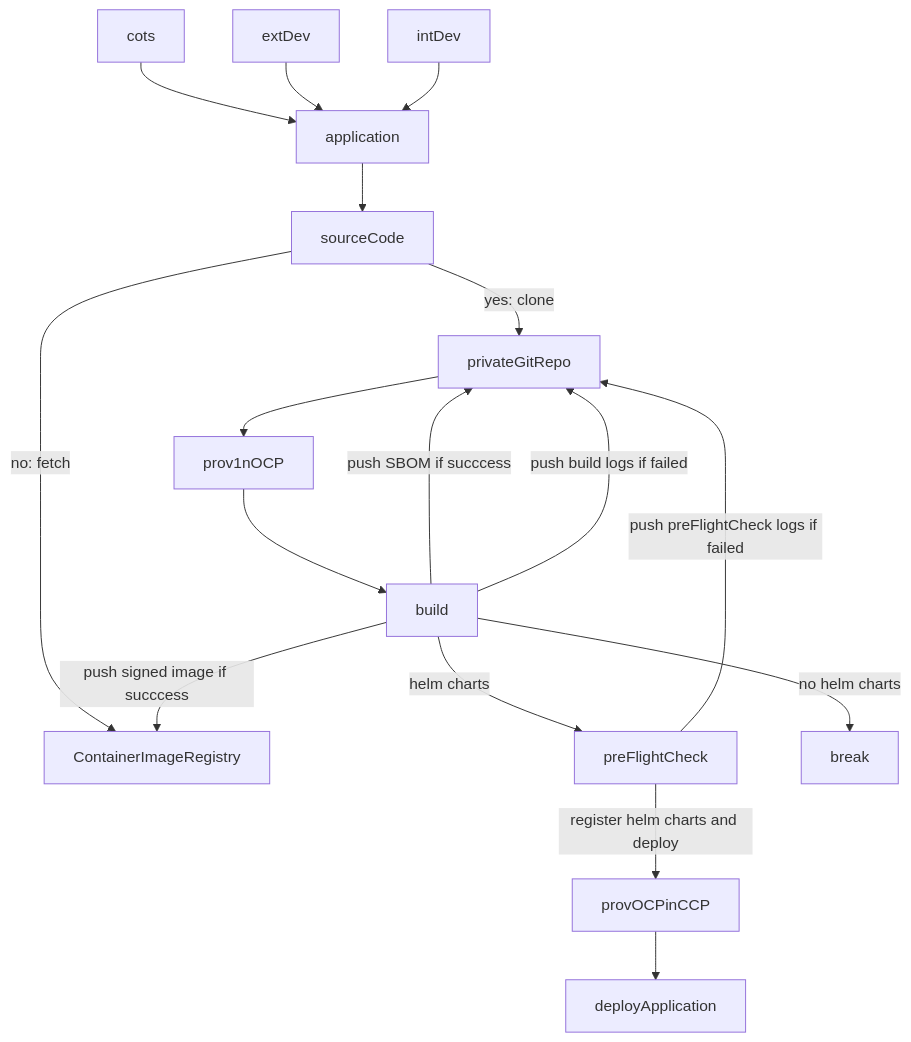
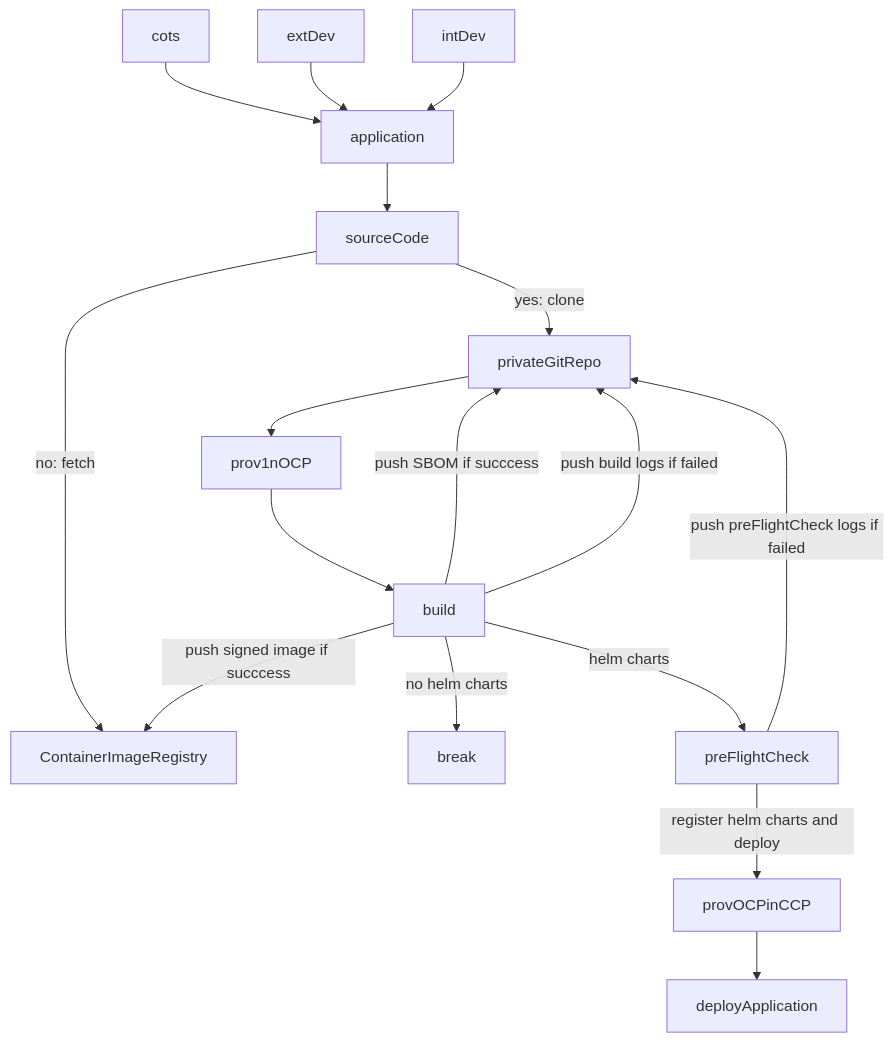
One commit to beezy-dev/verbose-couscous changed the second of 2 diagrams in docs/application/saep.md. Above: the diagram before and after it, drawn with Mermaid. The commit also changed other lines of this file, not shown here.

````diff
--- a/docs/application/saep.md
+++ b/docs/application/saep.md
@@ -54,19 +54,19 @@
 ```mermaid
 flowchart TD
   cots --> application
   extDev --> application
   intDev --> application
   application --> sourceCode
   sourceCode -->|"no: fetch"| ContainerImageRegistry
   sourceCode -->|"yes: clone"| privateGitRepo
   privateGitRepo --> prov1nOCP
   prov1nOCP --> build
   build -->|"push SBOM if succcess"| privateGitRepo
   build -->|"push signed image if succcess"| ContainerImageRegistry
   build -->|"push build logs if failed" | privateGitRepo
+  build -->|"no helm charts"| break
   build -->|"helm charts"| preFlightCheck
-  build -->|"no helm charts"| break
   preFlightCheck --> |"register helm charts and deploy"| provOCPinCCP
   provOCPinCCP --> deployApplication
   preFlightCheck --> |"push preFlightCheck logs if failed"| privateGitRepo
 ```
````
